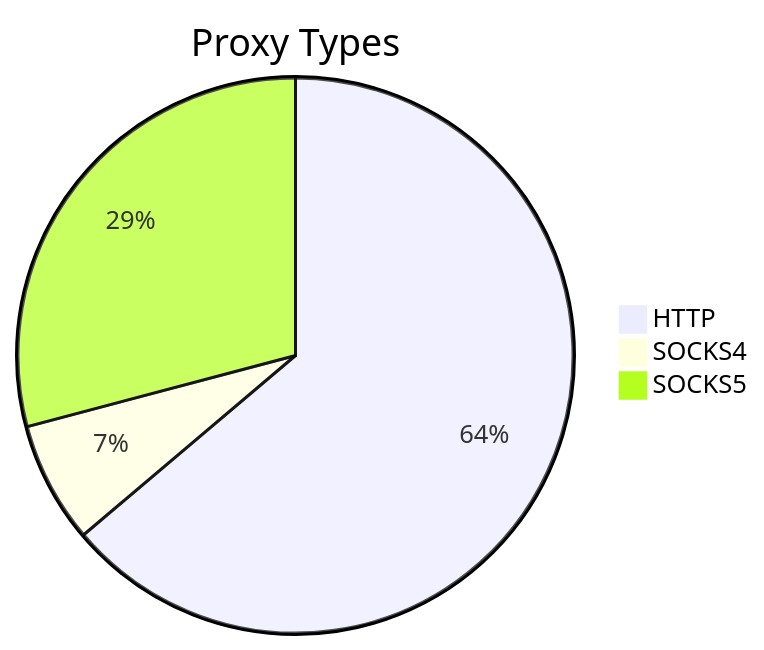
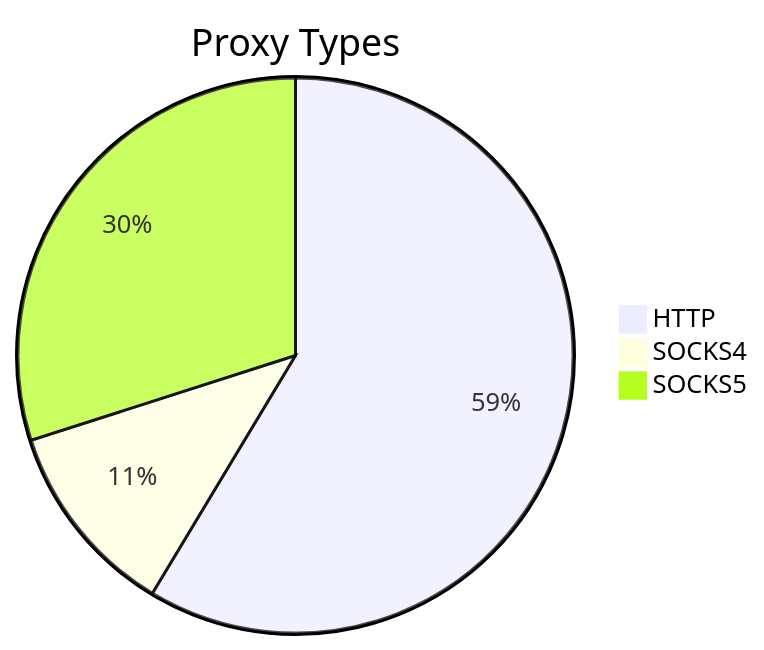
Before and after one commit to stormsia/proxy-list: the first of 2 diagrams in README.md, drawn with Mermaid. The commit also changed other lines of this file, not shown here.

````diff
--- a/README.md
+++ b/README.md
@@ -21,6 +21,6 @@
 ```mermaid
 pie title Proxy Types
-    "HTTP" : 344
-    "SOCKS4" : 38
-    "SOCKS5" : 157
+    "HTTP" : 374
+    "SOCKS4" : 73
+    "SOCKS5" : 191
 ```
````
